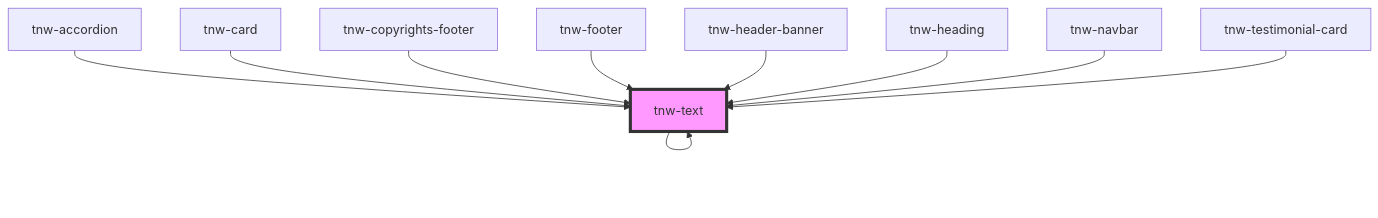
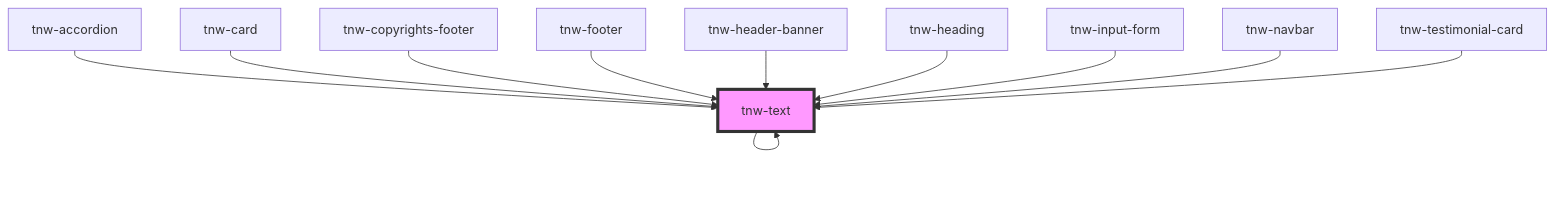
Before and after one commit to technway/technway-component-library: the diagram in packages/stencil-library/src/components/tnw-text/readme.md, drawn with Mermaid. The commit also changed other lines of this file and 47 other files, not shown here.

````diff
--- a/packages/stencil-library/src/components/tnw-text/readme.md
+++ b/packages/stencil-library/src/components/tnw-text/readme.md
@@ -112,13 +113,14 @@
 ```mermaid
 graph TD;
   tnw-text --> tnw-text
   tnw-accordion --> tnw-text
   tnw-card --> tnw-text
   tnw-copyrights-footer --> tnw-text
   tnw-footer --> tnw-text
   tnw-header-banner --> tnw-text
   tnw-heading --> tnw-text
+  tnw-input-form --> tnw-text
   tnw-navbar --> tnw-text
   tnw-testimonial-card --> tnw-text
   style tnw-text fill:#f9f,stroke:#333,stroke-width:4px
 ```
````
